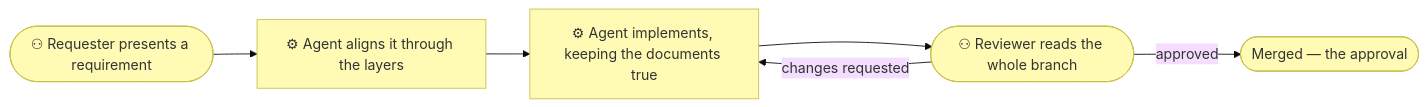
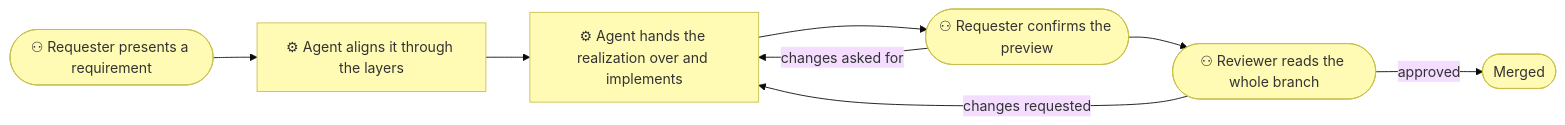
The diagram in docs/method.md (roanboc/archreator), drawn with Mermaid (base theme) before and after one commit. The commit also changed other lines of this file and 47 other files, not shown here.

````diff
--- a/docs/method.md
+++ b/docs/method.md
@@ -121,15 +136,17 @@
 ```mermaid
 flowchart LR
   req(["⚇ Requester presents a requirement"])
   align["⚙ Agent aligns it through the layers"]
-  build["⚙ Agent implements, keeping the documents true"]
+  build["⚙ Agent hands the realization over and implements"]
+  prev(["⚇ Requester confirms the preview"])
   rev(["⚇ Reviewer reads the whole branch"])
-  merged(["Merged — the approval"])
+  merged(["Merged"])
 
-  req --> align --> build --> rev
+  req --> align --> build --> prev --> rev
+  prev -->|changes asked for| build
   rev -->|changes requested| build
   rev -->|approved| merged
 
   classDef business fill:#fffbb5,stroke:#c8c04a,color:#333
-  class req,align,build,rev,merged business
+  class req,align,build,prev,rev,merged business
 ```
````
